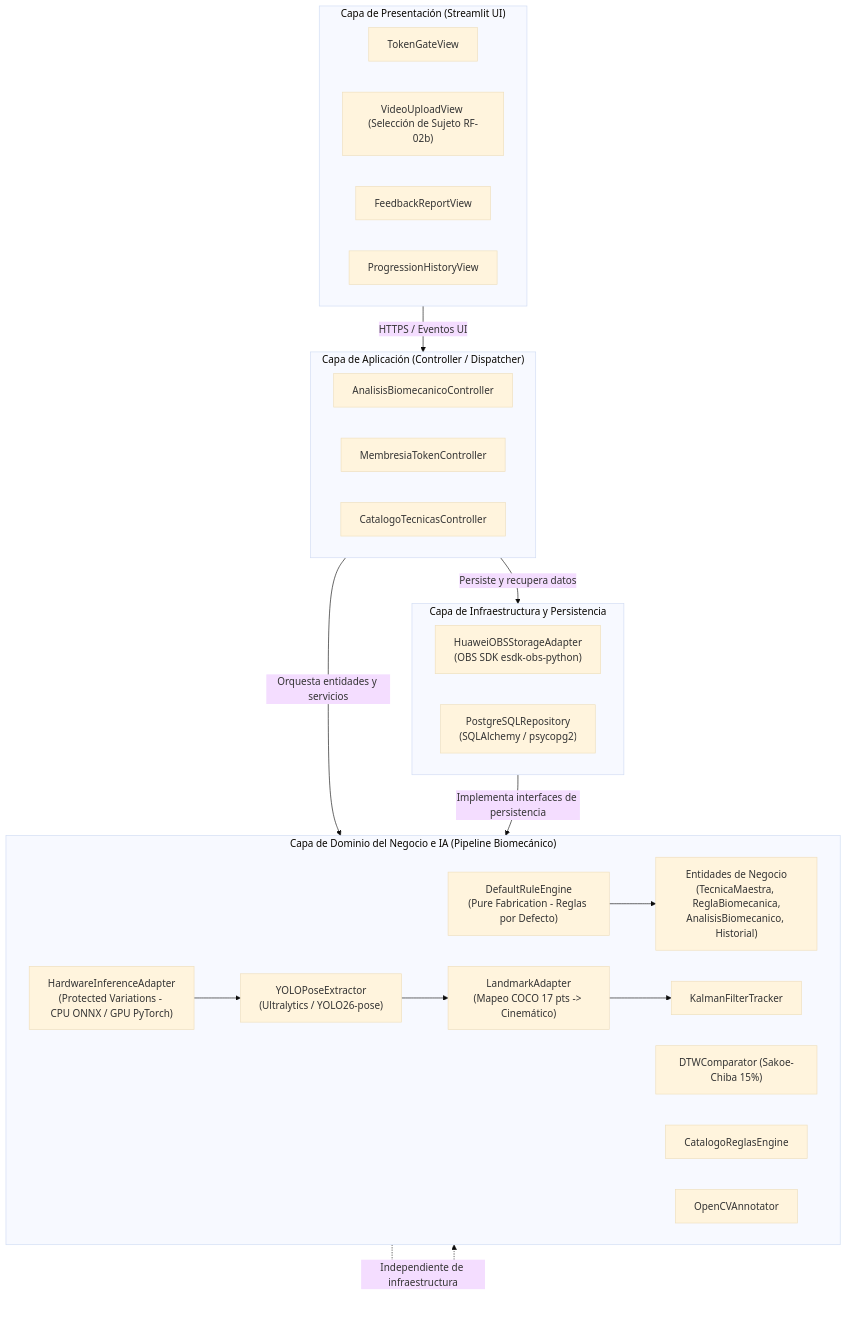
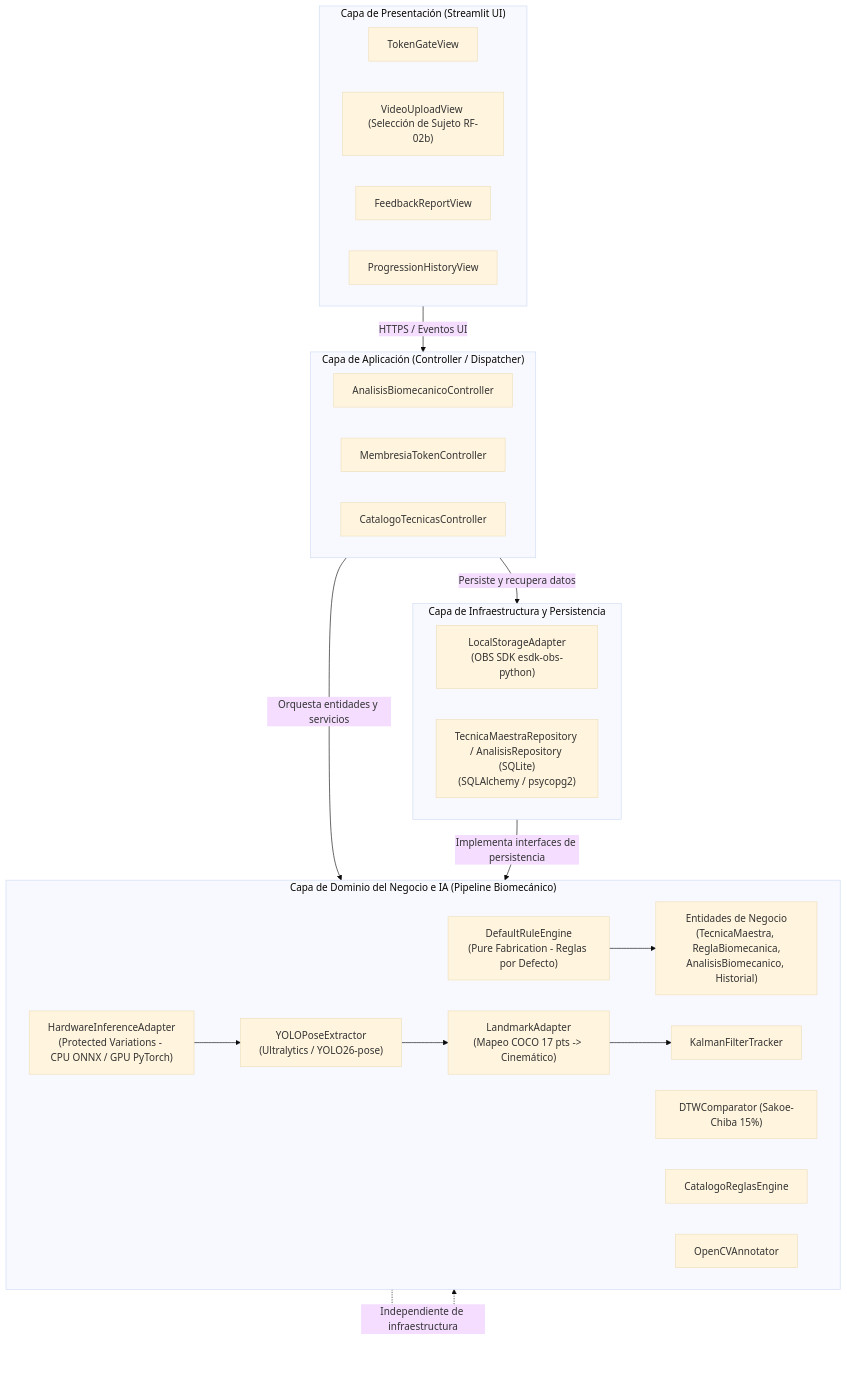
One commit to Tsmrain/JiuJitsu changed the fourth of 10 diagrams in README.md. Above: the diagram before and after it, drawn with Mermaid (base theme). The commit also changed other lines of this file and 17 other files, not shown here.

Commit message:
refactor: modernize file system operations using pathlib and standardize storage adapter implementation.

````diff
--- a/README.md
+++ b/README.md
@@ -890,42 +893,42 @@
 ```mermaid
 graph TD
     subgraph CapaPresentacion["Capa de Presentación (Streamlit UI)"]
         UI_Login["TokenGateView"]
         UI_Upload["VideoUploadView (Selección de Sujeto RF-02b)"]
         UI_Result["FeedbackReportView"]
         UI_History["ProgressionHistoryView"]
     end
 
     subgraph CapaAplicacion["Capa de Aplicación (Controller / Dispatcher)"]
         Ctrl_Analisis["AnalisisBiomecanicoController"]
         Ctrl_Auth["MembresiaTokenController"]
         Ctrl_Catalogo["CatalogoTecnicasController"]
     end
 
     subgraph CapaDominio["Capa de Dominio del Negocio e IA (Pipeline Biomecánico)"]
         Dom_Entities["Entidades de Negocio<br/>(TecnicaMaestra, ReglaBiomecanica,<br/>AnalisisBiomecanico, Historial)"]
         Dom_DefaultRules["DefaultRuleEngine<br/>(Pure Fabrication - Reglas por Defecto)"]
         Dom_Hardware["HardwareInferenceAdapter<br/>(Protected Variations - CPU ONNX / GPU PyTorch)"]
         Dom_Pose["YOLOPoseExtractor<br/>(Ultralytics / YOLO26-pose)"]
         Dom_Adapter["LandmarkAdapter<br/>(Mapeo COCO 17 pts -> Cinemático)"]
         Dom_Kalman["KalmanFilterTracker"]
         Dom_DTW["DTWComparator (Sakoe-Chiba 15%)"]
         Dom_Rules["CatalogoReglasEngine"]
         Dom_OpenCV["OpenCVAnnotator"]
     end
 
     subgraph CapaInfraestructura["Capa de Infraestructura y Persistencia"]
-        Infra_OBS["HuaweiOBSStorageAdapter<br/>(OBS SDK esdk-obs-python)"]
-        Infra_DB["PostgreSQLRepository<br/>(SQLAlchemy / psycopg2)"]
+        Infra_OBS["LocalStorageAdapter<br/>(OBS SDK esdk-obs-python)"]
+        Infra_DB["TecnicaMaestraRepository / AnalisisRepository (SQLite)<br/>(SQLAlchemy / psycopg2)"]
     end
 
     CapaPresentacion -->|HTTPS / Eventos UI| CapaAplicacion
     CapaAplicacion -->|Orquesta entidades y servicios| CapaDominio
     CapaAplicacion -->|Persiste y recupera datos| CapaInfraestructura
     Dom_Hardware --> Dom_Pose
     Dom_Pose --> Dom_Adapter
     Dom_Adapter --> Dom_Kalman
     Dom_DefaultRules --> Dom_Entities
     CapaDominio -.->|Independiente de infraestructura| CapaDominio
     CapaInfraestructura -->|Implementa interfaces de persistencia| CapaDominio
 ```
````
